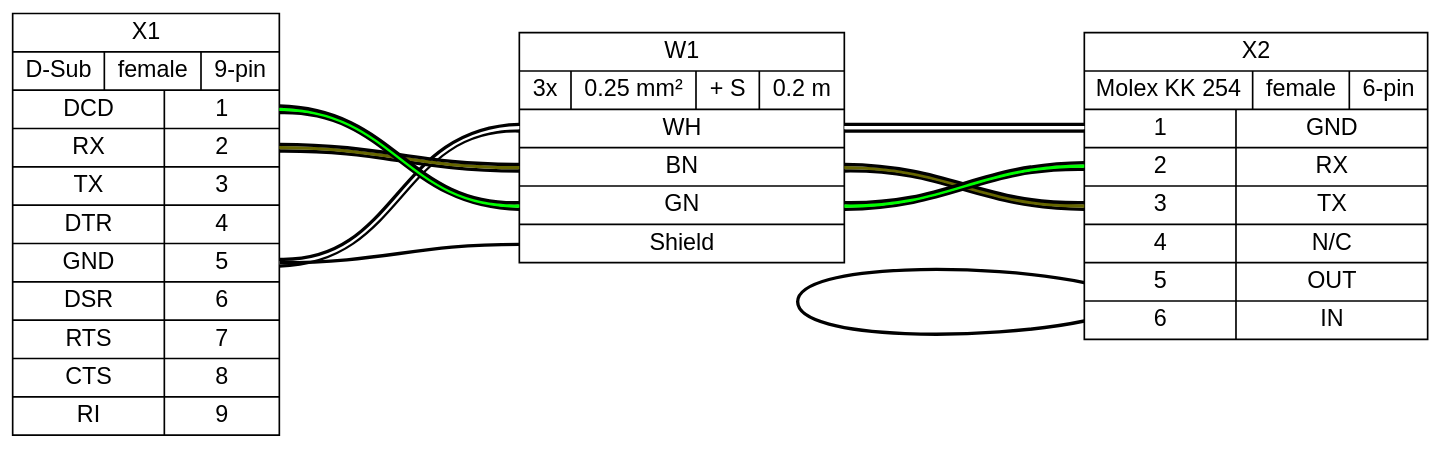
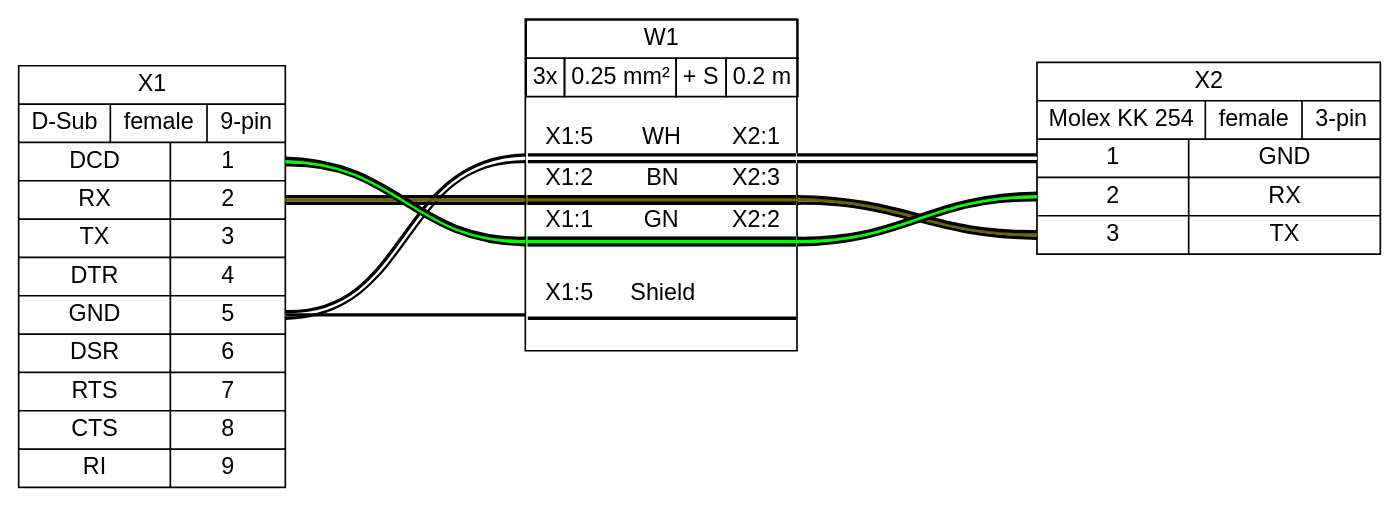
The diagram in examples/demo01.gv (wireviz/WireViz), drawn with Graphviz before and after one commit. The commit also changed 25 other files, not shown here.

```diff
--- a/examples/demo01.gv
+++ b/examples/demo01.gv
@@ -1,23 +1,21 @@
 graph {
 // Graph generated by WireViz
 // https://github.com/formatc1702/WireViz
-	graph [bgcolor=transparent fontname=arial nodesep=0.33 rankdir=LR ranksep=2]
+	graph [bgcolor=white fontname=arial nodesep=0.33 rankdir=LR ranksep=2]
 	node [fillcolor=white fontname=arial shape=record style=filled]
 	edge [fontname=arial style=bold]
 	X1 [label="X1|{D-Sub|female|9-pin}|{{DCD|RX|TX|DTR|GND|DSR|RTS|CTS|RI}|{<p1r>1|<p2r>2|<p3r>3|<p4r>4|<p5r>5|<p6r>6|<p7r>7|<p8r>8|<p9r>9}}"]
-	X2 [label="X2|{Molex KK 254|female|6-pin}|{{<p1l>1|<p2l>2|<p3l>3|<p4l>4|<p5l>5|<p6l>6}|{GND|RX|TX|N/C|OUT|IN}}"]
+	X2 [label="X2|{Molex KK 254|female|3-pin}|{{<p1l>1|<p2l>2|<p3l>3}|{GND|RX|TX}}"]
+	edge [color="#000000:#ffffff:#000000"]
+	X1:p5r:e -- W1:w1:w
+	W1:w1:e -- X2:p1l:w
+	edge [color="#000000:#666600:#000000"]
+	X1:p2r:e -- W1:w2:w
+	W1:w2:e -- X2:p3l:w
+	edge [color="#000000:#00ff00:#000000"]
+	X1:p1r:e -- W1:w3:w
+	W1:w3:e -- X2:p2l:w
 	edge [color="#000000"]
-	X2:p5l:w -- X2:p6l:w
-	W1 [label="W1|{3x|0.25 mm²|+ S|0.2 m}|{{<w1>WH|<w2>BN|<w3>GN|<ws>Shield}}"]
-	edge [color="#000000:#ffffff:#000000"]
-	X1:p5r -- W1:w1
-	W1:w1 -- X2:p1l
-	edge [color="#000000:#666600:#000000"]
-	X1:p2r -- W1:w2
-	W1:w2 -- X2:p3l
-	edge [color="#000000:#00ff00:#000000"]
-	X1:p1r -- W1:w3
-	W1:w3 -- X2:p2l
-	edge [color="#000000"]
-	X1:p5r -- W1:ws
+	X1:p5r:e -- W1:ws:w
+	W1 [label=<<table border="0" cellspacing="0" cellpadding="0"><tr><td><table border="0" cellspacing="0" cellpadding="3" cellborder="1"><tr><td colspan="4">W1</td></tr><tr><td>3x</td><td>0.25 mm²</td><td>+ S</td><td>0.2 m</td></tr></table></td></tr><tr><td>&nbsp;</td></tr><tr><td><table border="0" cellspacing="0" cellborder="0"><tr><td>X1:5</td><td>WH</td><td>X2:1</td></tr><tr><td colspan="3" cellpadding="0" height="6" bgcolor="#ffffff" border="2" sides="tb" port="w1"></td></tr><tr><td>X1:2</td><td>BN</td><td>X2:3</td></tr><tr><td colspan="3" cellpadding="0" height="6" bgcolor="#666600" border="2" sides="tb" port="w2"></td></tr><tr><td>X1:1</td><td>GN</td><td>X2:2</td></tr><tr><td colspan="3" cellpadding="0" height="6" bgcolor="#00ff00" border="2" sides="tb" port="w3"></td></tr><tr><td>&nbsp;</td></tr><tr><td>X1:5</td><td>Shield</td><td><!-- s_out --></td></tr><tr><td colspan="3" cellpadding="0" height="6" border="2" sides="b" port="ws"></td></tr><tr><td>&nbsp;</td></tr></table></td></tr></table>> fillcolor=white margin=0 shape=box style=""]
 }
```
